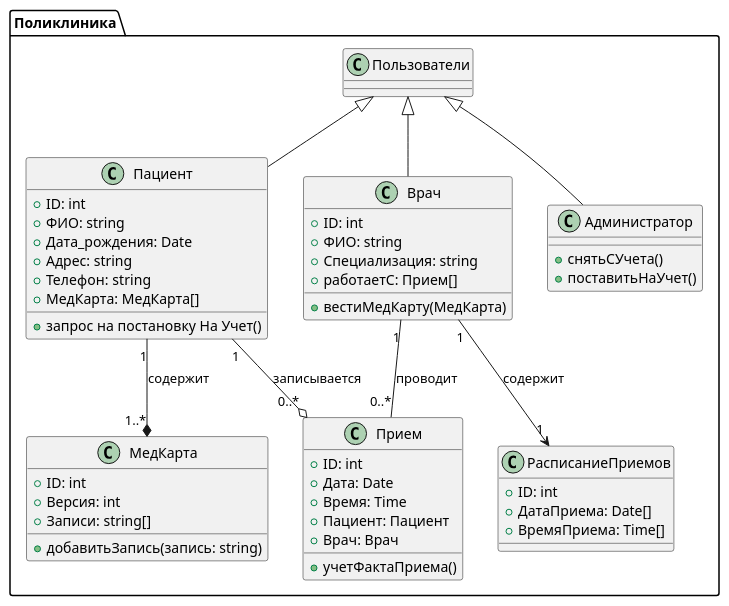
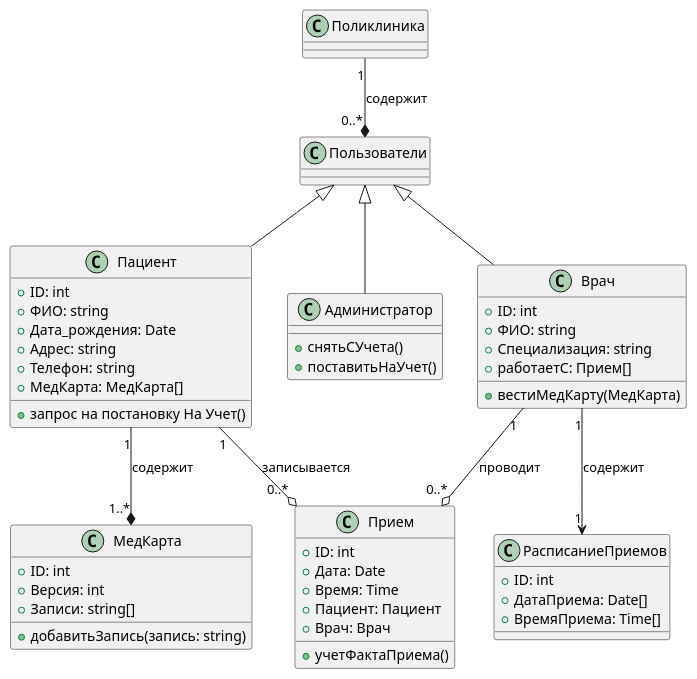
The diagram in Диаграмма_классов.md (penamarth/bsbo-13-22_team2_var3), drawn with PlantUML before and after one commit.

````diff
--- a/Диаграмма_классов.md
+++ b/Диаграмма_классов.md
@@ -1,65 +1,68 @@
 ```plantuml
 @startuml
-package "Поликлиника" {
+
+    class Поликлиника {
+
+    }
+
+    Пользователи <|-- Пациент
+    Пользователи <|-- Администратор
+    Пользователи <|-- Врач
 
     class Пользователи {
-               
     }
 
     class Пациент {
         +ID: int
         +ФИО: string
         +Дата_рождения: Date
         +Адрес: string
         +Телефон: string
         +МедКарта: МедКарта[]
         +запрос на постановку На Учет()
     }
 
     class Врач {
         +ID: int
         +ФИО: string 
         +Специализация: string
         +работаетС: Прием[]
         +вестиМедКарту(МедКарта)
     }
 
     class Администратор {
         +снятьСУчета()
         +поставитьНаУчет()
     }
 
     class Прием {
         +ID: int
         +Дата: Date
         +Время: Time
         +Пациент: Пациент
         +Врач: Врач
         +учетФактаПриема()
     }
 
     class МедКарта {
         +ID: int
         +Версия: int
         +Записи: string[]
         +добавитьЗапись(запись: string)
     }
 
     class РасписаниеПриемов {
         +ID: int
         +ДатаПриема: Date[]
         +ВремяПриема: Time[]
     }
 
-    Пользователи <|-- Пациент
-    Пользователи <|-- Администратор
-    Пользователи <|-- Врач
-
+    Поликлиника "1" --* "0..*" Пользователи : содержит   
     Пациент "1" --* "1..*" МедКарта : содержит
     Пациент "1" --o "0..*" Прием : записывается
-    Врач "1" -- "0..*" Прием : проводит
+    Врач "1" --o "0..*" Прием : проводит
     Врач "1" --> "1" РасписаниеПриемов : содержит
     
-}
+
 @enduml
 ```
````
